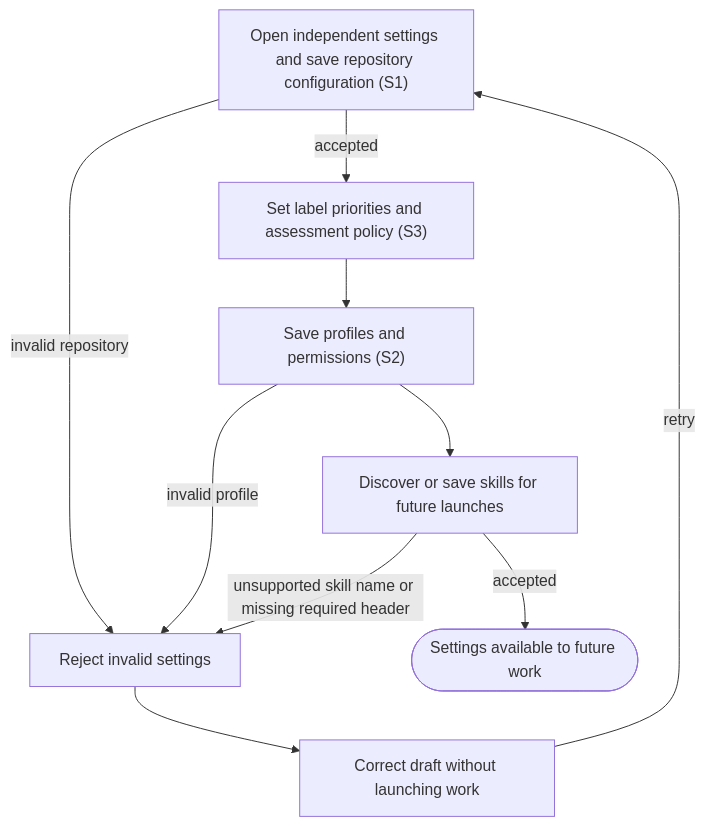
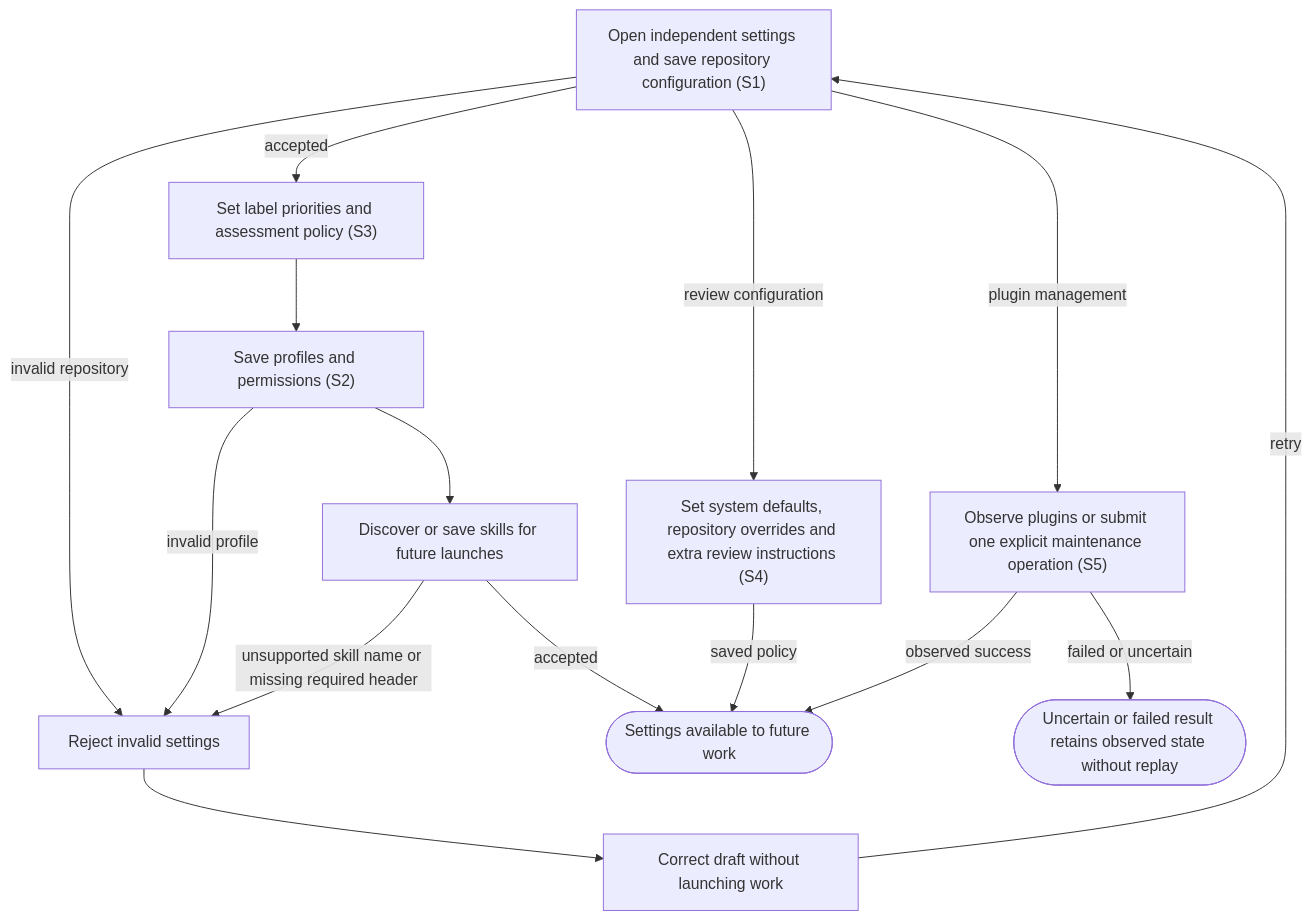
The diagram in docs/user-flows/configure-work.md (dk-code-factory/code-factory-plugin), drawn with Mermaid before and after one commit. The commit also changed other lines of this file and 71 other files, not shown here.

First line of the commit message:
Configure review monitoring and manage Codex plugins

````diff
--- a/docs/user-flows/configure-work.md
+++ b/docs/user-flows/configure-work.md
@@ -36,19 +39,27 @@
 ```mermaid
 flowchart TD
     N0["Open independent settings and save repository configuration #40;S1#41;"]
     N1["Set label priorities and assessment policy #40;S3#41;"]
     N2["Save profiles and permissions #40;S2#41;"]
     N3["Discover or save skills for future launches"]
     N4["Reject invalid settings"]
     N5["Correct draft without launching work"]
     N6(["Settings available to future work"])
+    N7["Set system defaults, repository overrides and extra review instructions #40;S4#41;"]
+    N8["Observe plugins or submit one explicit maintenance operation #40;S5#41;"]
+    N9(["Uncertain or failed result retains observed state without replay"])
     N0 -->|"accepted"| N1
     N1 --> N2
     N2 --> N3
     N0 -->|"invalid repository"| N4
     N2 -->|"invalid profile"| N4
     N3 -->|"unsupported skill name or missing required header"| N4
     N4 --> N5
     N5 -->|"retry"| N0
     N3 -->|"accepted"| N6
+    N0 -->|"review configuration"| N7
+    N7 -->|"saved policy"| N6
+    N0 -->|"plugin management"| N8
+    N8 -->|"observed success"| N6
+    N8 -->|"failed or uncertain"| N9
 ```
````
